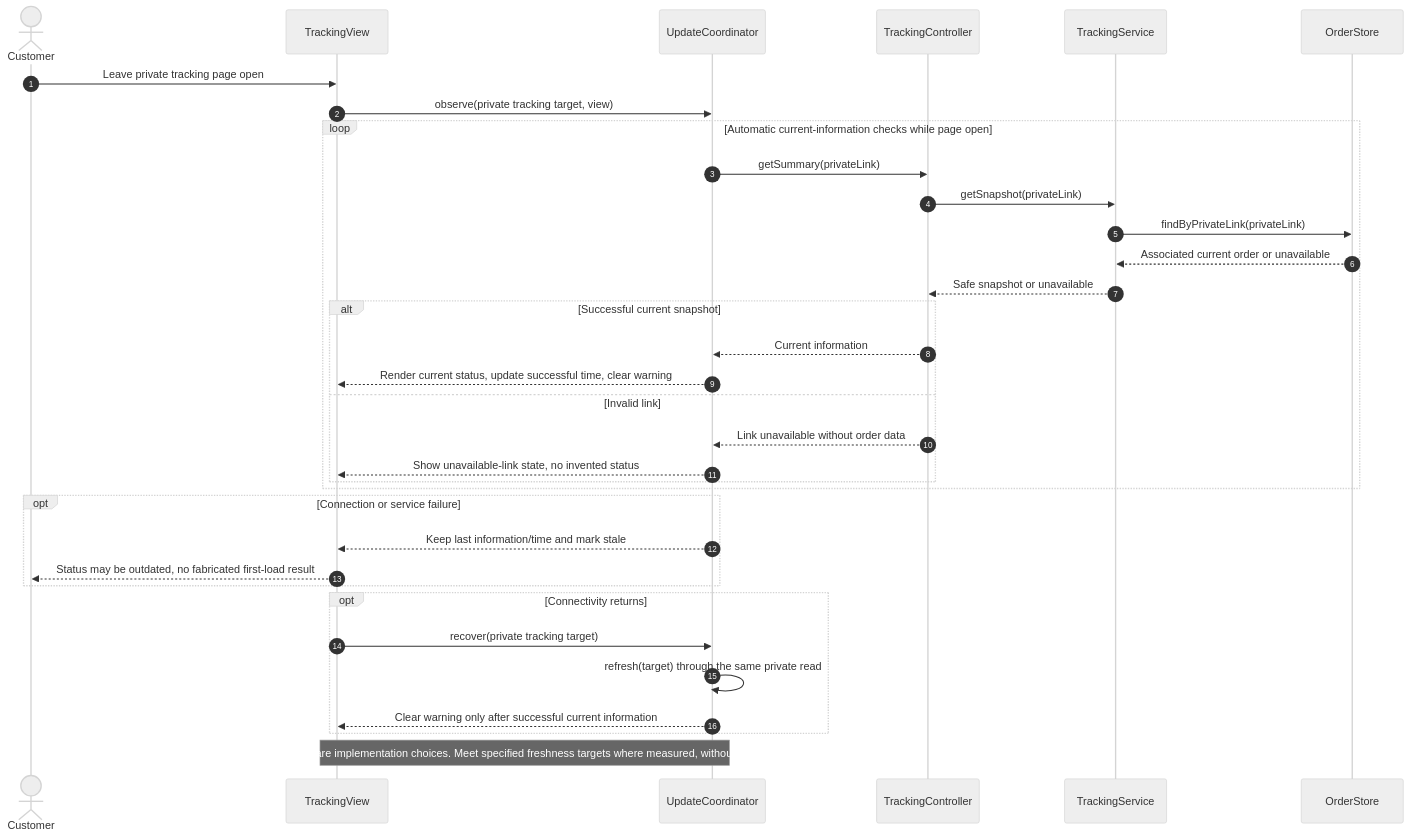
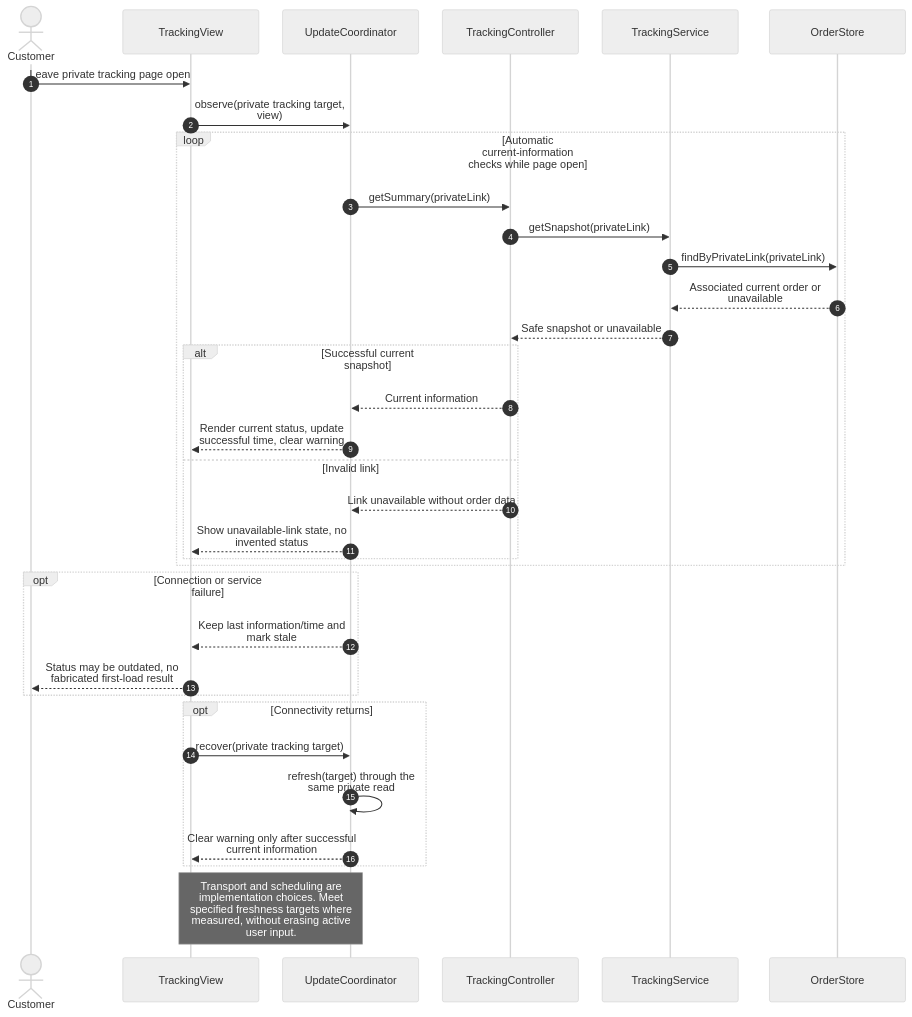
Before and after one commit to axantillon/mesa-tica: the diagram in design/diagrams/C2-tracking-refresh.mmd, drawn with Mermaid (neutral theme). The commit also changed 18 other files, not shown here.

Commit message:
Add readable diagram views and resolve final design ambiguities

```diff
--- a/design/diagrams/C2-tracking-refresh.mmd
+++ b/design/diagrams/C2-tracking-refresh.mmd
@@ -1,34 +1,35 @@
+%%{init: {"sequence": {"wrap": true, "width": 200, "actorMargin": 35}}}%%
 sequenceDiagram
     autonumber
     actor Customer
     participant UI as TrackingView
     participant U as UpdateCoordinator
     participant C as TrackingController
     participant S as TrackingService
     participant O as OrderStore
     Customer->>UI: Leave private tracking page open
     UI->>U: observe(private tracking target, view)
     loop Automatic current-information checks while page open
     U->>C: getSummary(privateLink)
     C->>S: getSnapshot(privateLink)
     S->>O: findByPrivateLink(privateLink)
     O-->>S: Associated current order or unavailable
     S-->>C: Safe snapshot or unavailable
     alt Successful current snapshot
     C-->>U: Current information
     U-->>UI: Render current status, update successful time, clear warning
     else Invalid link
     C-->>U: Link unavailable without order data
     U-->>UI: Show unavailable-link state, no invented status
     end
     end
     opt Connection or service failure
     U-->>UI: Keep last information/time and mark stale
     UI-->>Customer: Status may be outdated, no fabricated first-load result
     end
     opt Connectivity returns
     UI->>U: recover(private tracking target)
     U->>U: refresh(target) through the same private read
     U-->>UI: Clear warning only after successful current information
     end
     Note over UI,U: Transport and scheduling are implementation choices. Meet specified freshness targets where measured, without erasing active user input.
```
